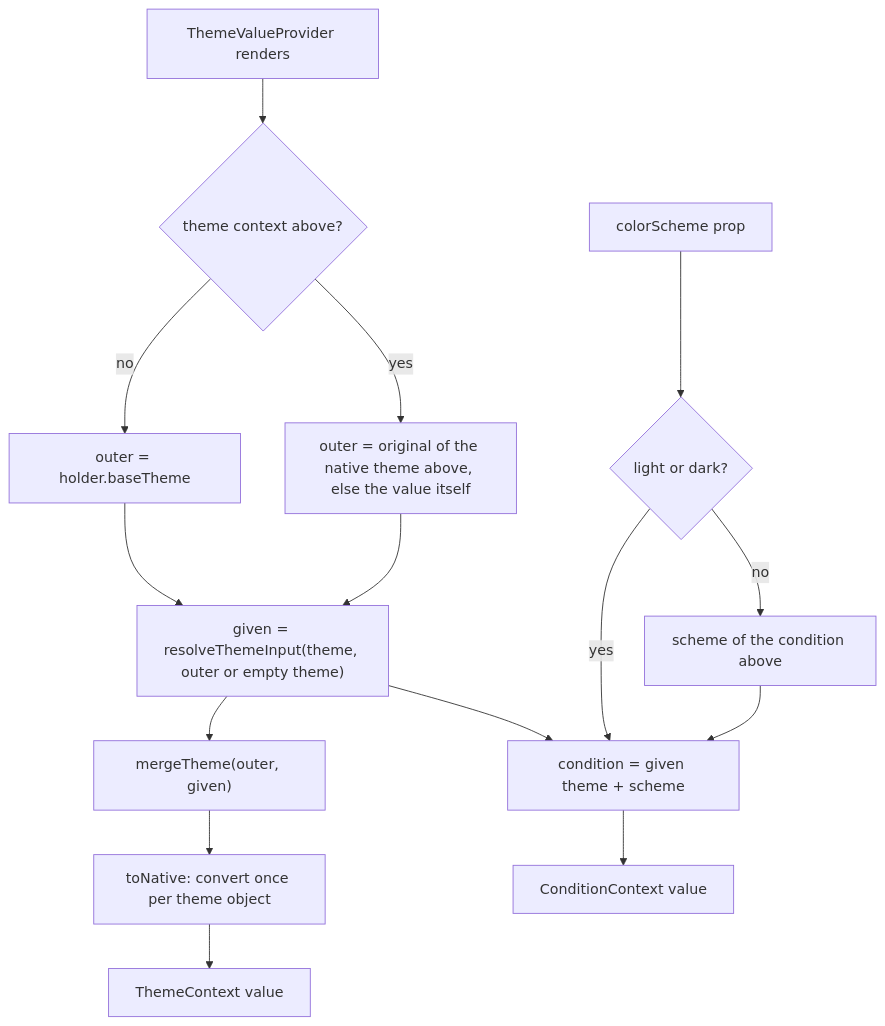
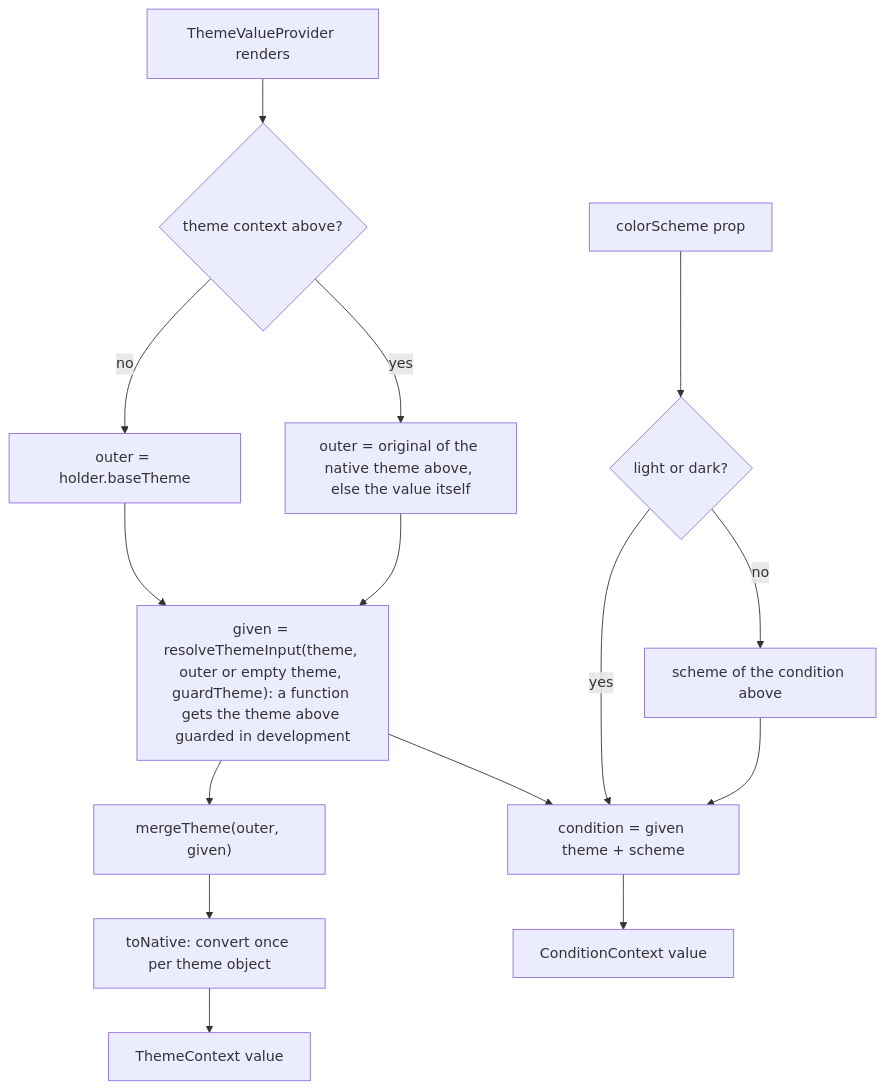
One commit to soroush-tech/umber-style changed the diagram in packages/react-native/src/ThemeValue.md. Above: the diagram before and after it, drawn with Mermaid. The commit also changed 50 other files, not shown here.

Commit message:
feat: the style functions of an element share one argument per render, the theme a function gets cannot be written in development, and the helpers the bindings share move to @umber-style/core/internal - close #69

````diff
--- a/packages/react-native/src/ThemeValue.md
+++ b/packages/react-native/src/ThemeValue.md
@@ -21,16 +21,16 @@
 ```mermaid
 flowchart TD
   render["ThemeValueProvider renders"] --> above{"theme context above?"}
   above -->|"no"| base["outer = holder.baseTheme"]
   above -->|"yes"| orig["outer = original of the native theme above, else the value itself"]
-  base --> given["given = resolveThemeInput(theme, outer or empty theme)"]
+  base --> given["given = resolveThemeInput(theme, outer or empty theme, guardTheme): a function gets the theme above guarded in development"]
   orig --> given
   given --> merged["mergeTheme(outer, given)"]
   merged --> conv["toNative: convert once per theme object"]
   conv --> ctx["ThemeContext value"]
   given --> cond["condition = given theme + scheme"]
   scheme["colorScheme prop"] --> pick{"light or dark?"}
   pick -->|"yes"| cond
   pick -->|"no"| outerScheme["scheme of the condition above"] --> cond
   cond --> cc["ConditionContext value"]
 ```
````
